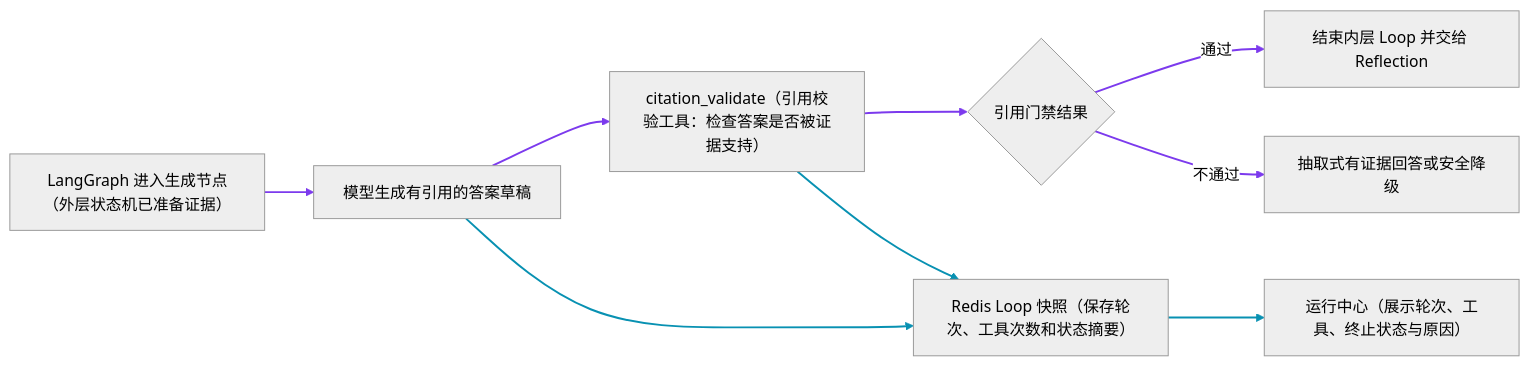
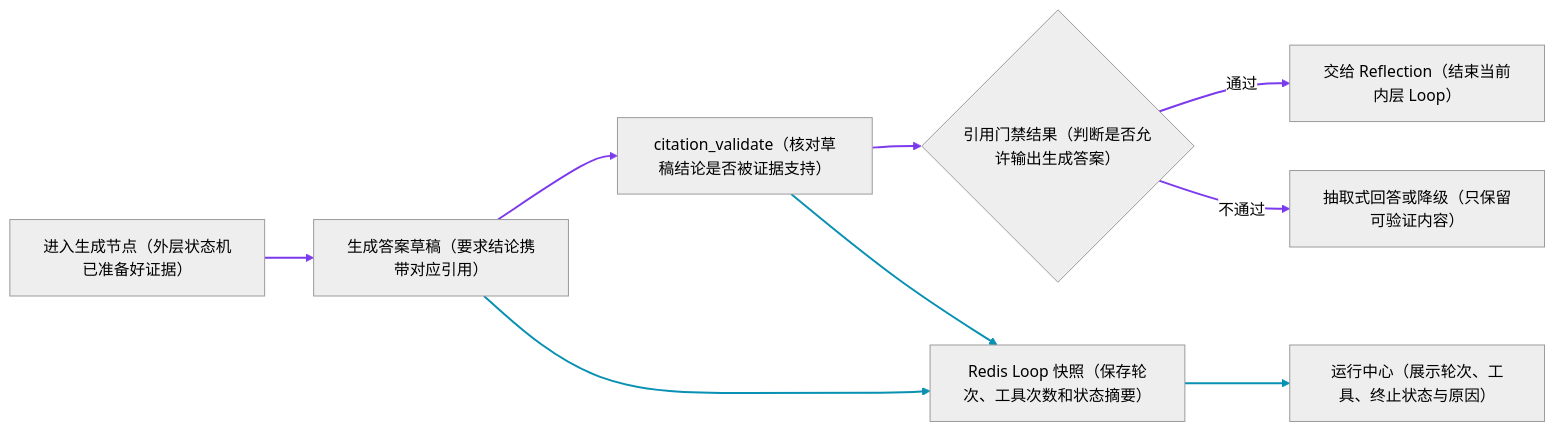
One commit to monstereatai/RAG changed the seventh of 29 diagrams in docs/interview/功能步骤流程.md. Above: the diagram before and after it, drawn with Mermaid (neutral theme). The commit also changed other lines of this file and 1 other file, not shown here.

````diff
--- a/docs/interview/功能步骤流程.md
+++ b/docs/interview/功能步骤流程.md
@@ -368,13 +373,13 @@
 ```mermaid
 flowchart LR
-  A[LangGraph 进入生成节点（外层状态机已准备证据）] --> B[模型生成有引用的答案草稿]
-  B --> C[citation_validate（引用校验工具：检查答案是否被证据支持）]
-  C --> D{引用门禁结果}
-  D -->|通过| E[结束内层 Loop 并交给 Reflection]
-  D -->|不通过| F[抽取式有证据回答或安全降级]
+  A[进入生成节点（外层状态机已准备好证据）] --> B[生成答案草稿（要求结论携带对应引用）]
+  B --> C[citation_validate（核对草稿结论是否被证据支持）]
+  C --> D{引用门禁结果（判断是否允许输出生成答案）}
+  D -->|通过| E[交给 Reflection（结束当前内层 Loop）]
+  D -->|不通过| F[抽取式回答或降级（只保留可验证内容）]
   B --> G[Redis Loop 快照（保存轮次、工具次数和状态摘要）]
   C --> G
   G --> H[运行中心（展示轮次、工具、终止状态与原因）]
   linkStyle 0,1,2,3,4 stroke:#7c3aed,stroke-width:2px
   linkStyle 5,6,7 stroke:#0891b2,stroke-width:2px
 ```
````
